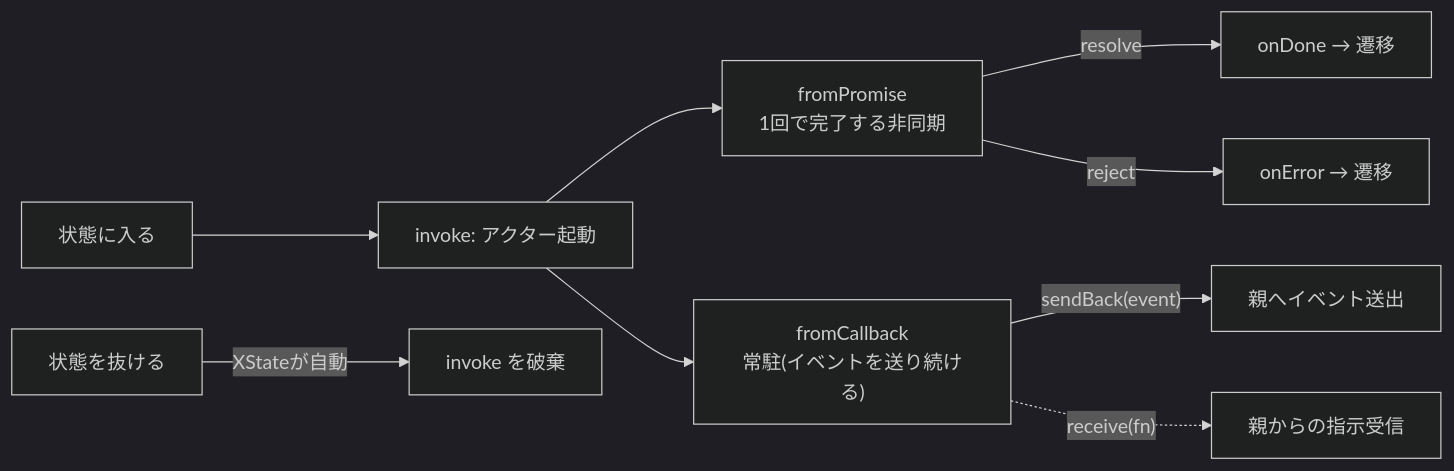
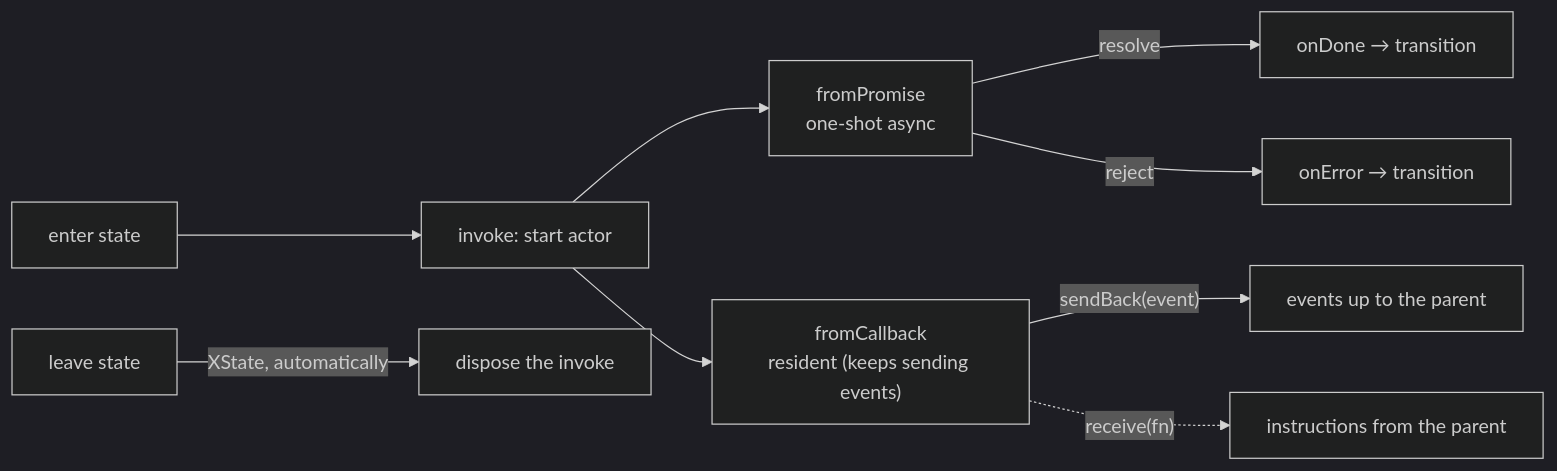
Before and after one commit to uraitakahito/browserhive: the third of 4 diagrams in docs-site/src/content/docs/xstate-primer.mdx, drawn with Mermaid (dark theme). The commit also changed other lines of this file and 17 other files, not shown here.

````diff
--- a/docs-site/src/content/docs/xstate-primer.mdx
+++ b/docs-site/src/content/docs/xstate-primer.mdx
@@ -202,11 +203,11 @@
 ```mermaid
 flowchart LR
-  EN["状態に入る"] --> INV["invoke: アクター起動"]
-  INV --> FP["fromPromise<br>1回で完了する非同期"]
-  INV --> FC["fromCallback<br>常駐(イベントを送り続ける)"]
-  FP -->|resolve| OD["onDone → 遷移"]
-  FP -->|reject| OE["onError → 遷移"]
-  FC -->|"sendBack(event)"| EV["親へイベント送出"]
-  FC -.->|"receive(fn)"| RX["親からの指示受信"]
-  EX["状態を抜ける"] -->|XStateが自動| KILL["invoke を破棄"]
+  EN["enter state"] --> INV["invoke: start actor"]
+  INV --> FP["fromPromise<br>one-shot async"]
+  INV --> FC["fromCallback<br>resident (keeps sending events)"]
+  FP -->|resolve| OD["onDone → transition"]
+  FP -->|reject| OE["onError → transition"]
+  FC -->|"sendBack(event)"| EV["events up to the parent"]
+  FC -.->|"receive(fn)"| RX["instructions from the parent"]
+  EX["leave state"] -->|XState, automatically| KILL["dispose the invoke"]
 ```
````
